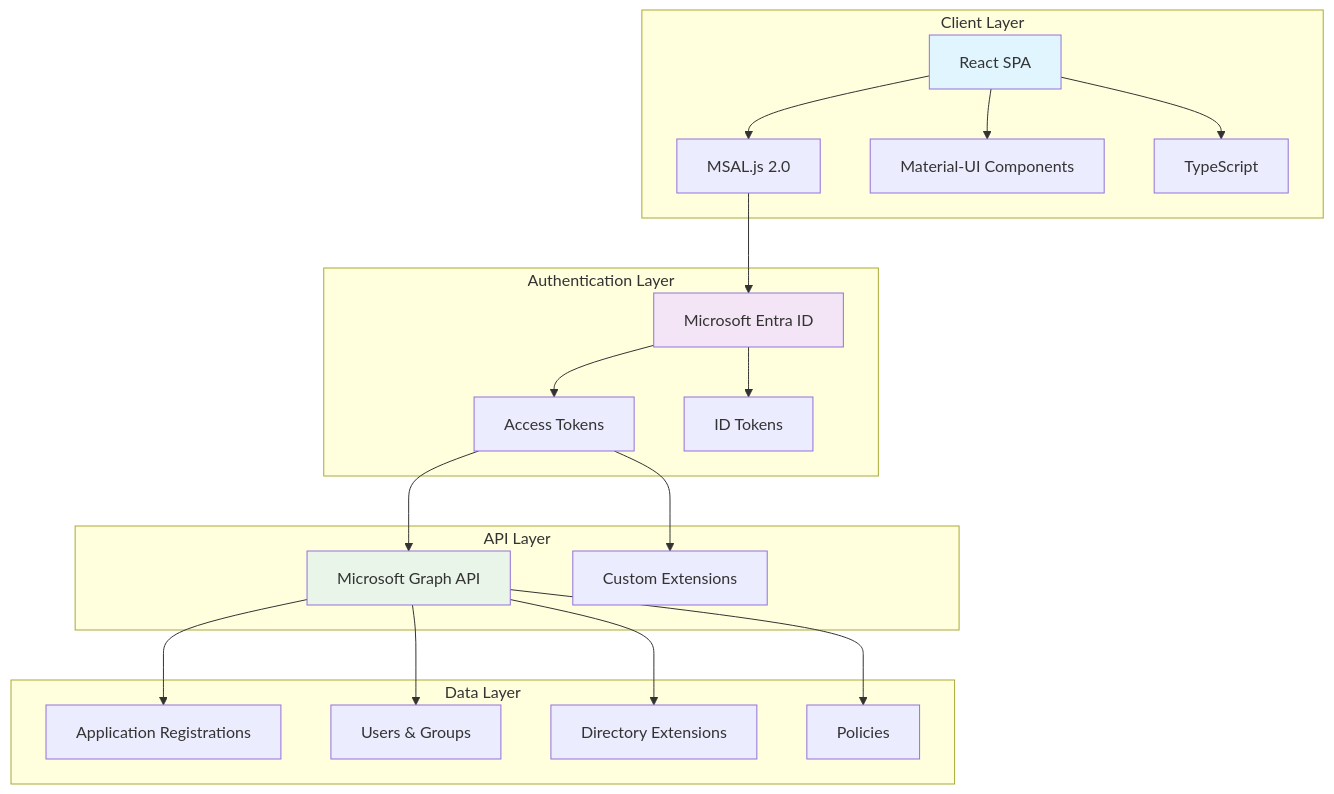
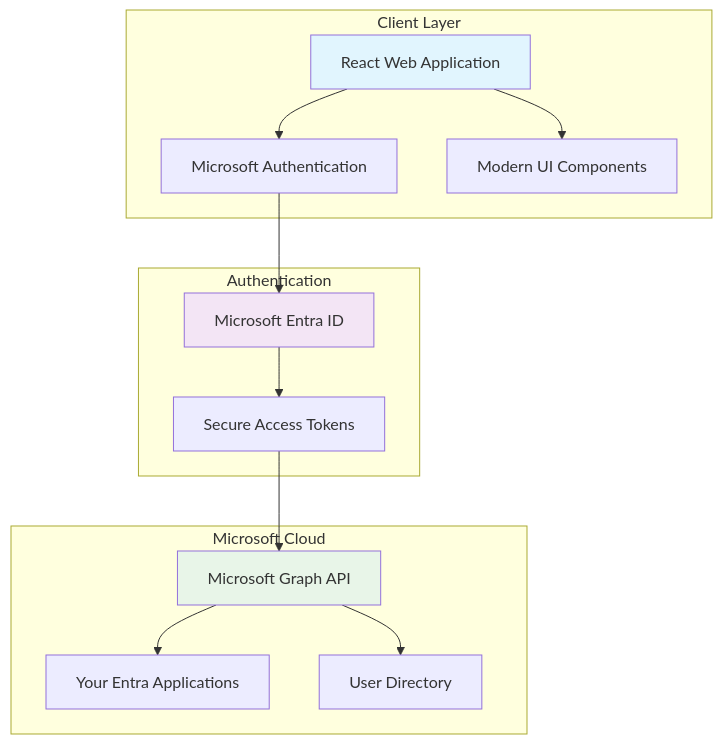
The diagram in Architecture Overview.md (AppConfig-Org/AppConfig-Squared), drawn with Mermaid before and after one commit. The commit also changed other lines of this file, not shown here.

Commit message:
Updated files: Architecture Overview.md

````diff
--- a/Architecture Overview.md
+++ b/Architecture Overview.md
@@ -7,30 +7,22 @@
 ```mermaid
 graph TB
     subgraph "Client Layer"
-        A[React SPA] --> B[MSAL.js 2.0]
-        A --> C[Material-UI Components]
-        A --> D[TypeScript]
+        A[React Web Application] --> B[Microsoft Authentication]
+        A --> C[Modern UI Components]
     end
     
-    subgraph "Authentication Layer"
-        B --> E[Microsoft Entra ID]
-        E --> F[Access Tokens]
-        E --> G[ID Tokens]
+    subgraph "Authentication"
+        B --> D[Microsoft Entra ID]
+        D --> E[Secure Access Tokens]
     end
     
-    subgraph "API Layer"
-        F --> H[Microsoft Graph API]
-        F --> I[Custom Extensions]
-    end
-    
-    subgraph "Data Layer"
-        H --> J[Application Registrations]
-        H --> K[Users & Groups]
-        H --> L[Directory Extensions]
-        H --> M[Policies]
+    subgraph "Microsoft Cloud"
+        E --> F[Microsoft Graph API]
+        F --> G[Your Entra Applications]
+        F --> H[User Directory]
     end
     
     style A fill:#e1f5fe
-    style E fill:#f3e5f5
-    style H fill:#e8f5e8
+    style D fill:#f3e5f5
+    style F fill:#e8f5e8
 ```
````
